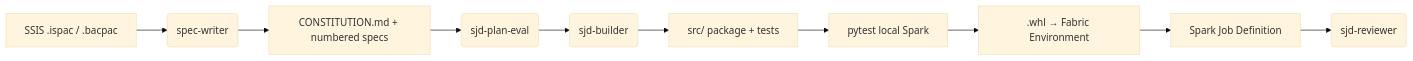
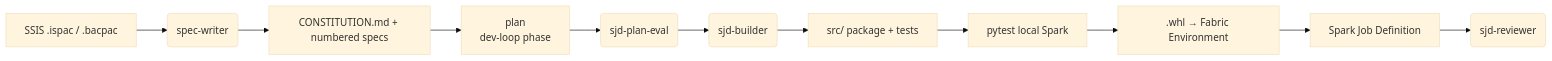
The diagram in docs/presentation.md (markgar/pyspark-sjd-devops-dailyetl), drawn with Mermaid (base theme) before and after one commit. The commit also changed other lines of this file, not shown here.

Commit message:
Add dev-loop slide and clarify plan phase

````diff
--- a/docs/presentation.md
+++ b/docs/presentation.md
@@ -92,12 +115,13 @@
 ```mermaid
 flowchart LR
   A[SSIS .ispac / .bacpac] --> B(spec-writer)
   B --> C[CONSTITUTION.md + numbered specs]
-  C --> D(sjd-plan-eval)
+  C --> P[plan<br/>dev-loop phase]
+  P --> D(sjd-plan-eval)
   D --> E(sjd-builder)
   E --> F[src/ package + tests]
   F --> G[pytest local Spark]
   G --> H[.whl → Fabric Environment]
   H --> I[Spark Job Definition]
   I --> J(sjd-reviewer)
 ```
````
